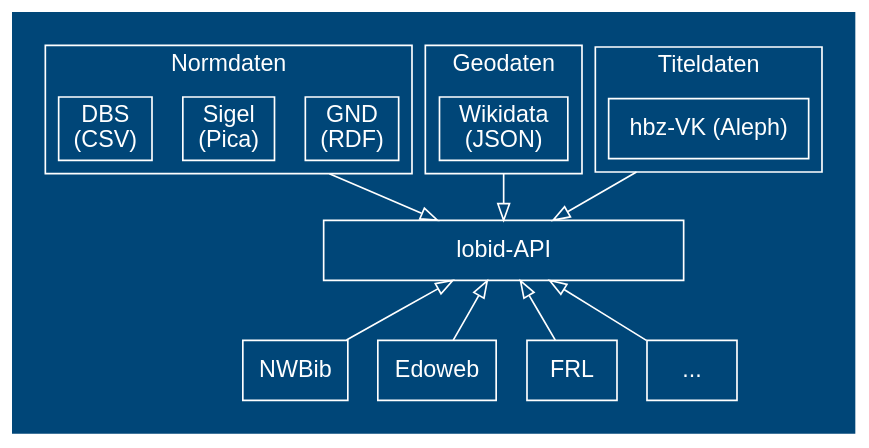
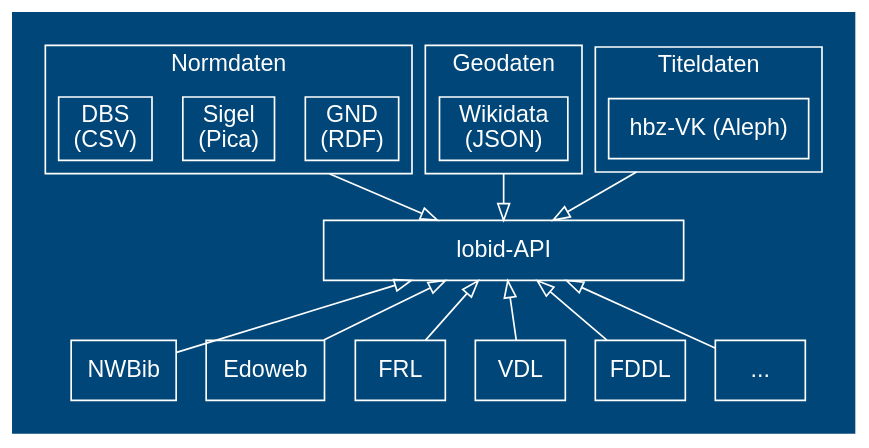
One commit to hbz/slides changed the diagram in beirat2019/img/lobid-data.dot. Above: the diagram before and after it, drawn with Graphviz. The commit also changed 9 other files, not shown here.

```diff
--- a/beirat2019/img/lobid-data.dot
+++ b/beirat2019/img/lobid-data.dot
@@ -1,61 +1,65 @@
 digraph data {
 	compound=true
 	node[shape=box color=white fontcolor=white fontname=helvetica]
 	graph [bgcolor="#004678" color=white fontcolor=white fontname=helvetica]
 	edge[color=white fontcolor=white fontname=helvetica]
 	edge[arrowhead=empty arrowtail=empty]
 	rankdir=TD
 	splines=false
-	
+
 	subgraph cluster_1{
 	style=invis
-	
+
 	/*
 	subgraph cluster_libs{
 		style=invis
 		libs [label="Libraries"]
 	}
 	*/
-	
+
 	subgraph cluster_title{
 		style=solid
 		label="Titeldaten"
 		union [label="hbz-VK (Aleph)"]
 	}
-	
+
 	subgraph cluster_geo{
 		style=solid
 		label="Geodaten"
 		wikidata[label="Wikidata\n(JSON)"]
 	}
-	
+
 	subgraph cluster_auth{
 		style=solid
 		label="Normdaten"
 		gnd[label="GND\n(RDF)"]
 		sigel[label="Sigel\n(Pica)"]
 		dbs[label="DBS\n(CSV)"]
 	}
-	
-	
-	
+
+
+
 	api[label="lobid-API" width=3]
-	
+
 	//libs->union[lhead=cluster_title]
 	//libs->sigel[lhead=cluster_auth]
-	
+
 	wikidata->api[ltail=cluster_geo]
 	sigel->api[ltail=cluster_auth]
 	union->api[ltail=cluster_title]
-	
+
 	app1[label="NWBib"]
 	app2[label="Edoweb"]
 	app3[label="FRL"]
-	app4[label="..."]
-	
+	app4[label="VDL"]
+	app5[label="FDDL"]
+	app6[label="..."]
+
 	api->app1[dir=back]
 	api->app2[dir=back]
 	api->app3[dir=back]
 	api->app4[dir=back]
+	api->app5[dir=back]
+	api->app6[dir=back]
 	}
-} 
+}
```
